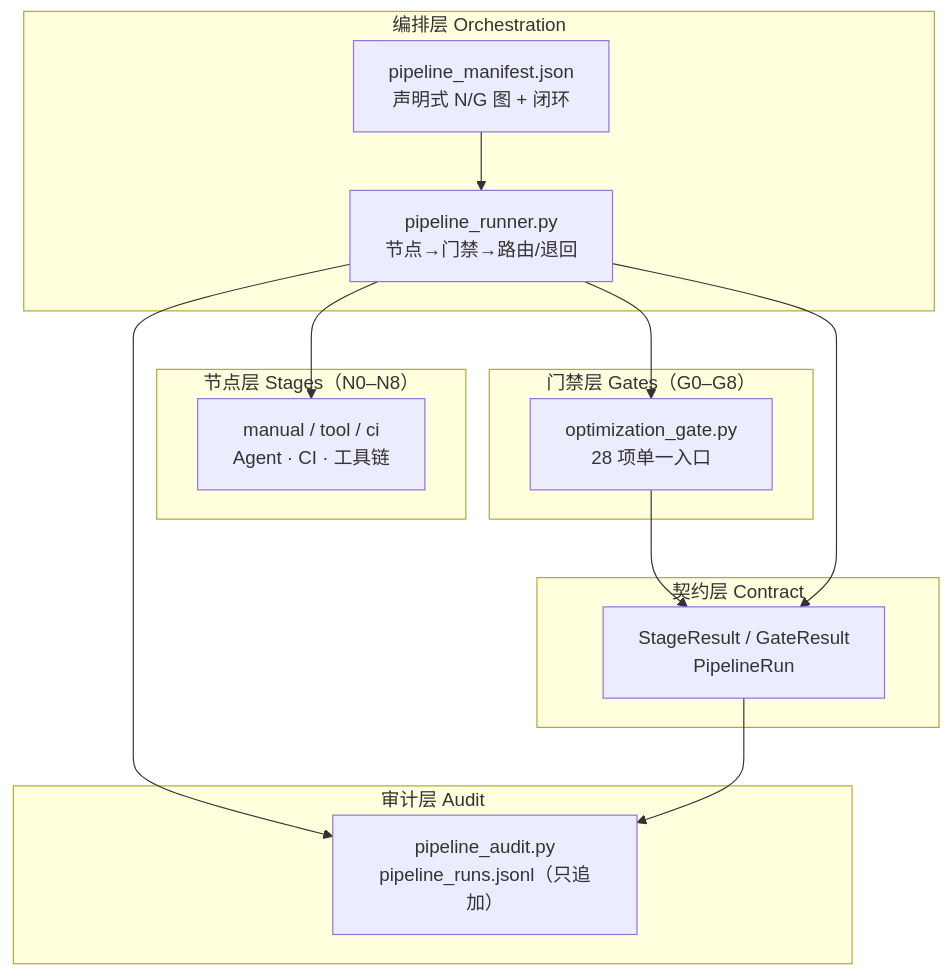
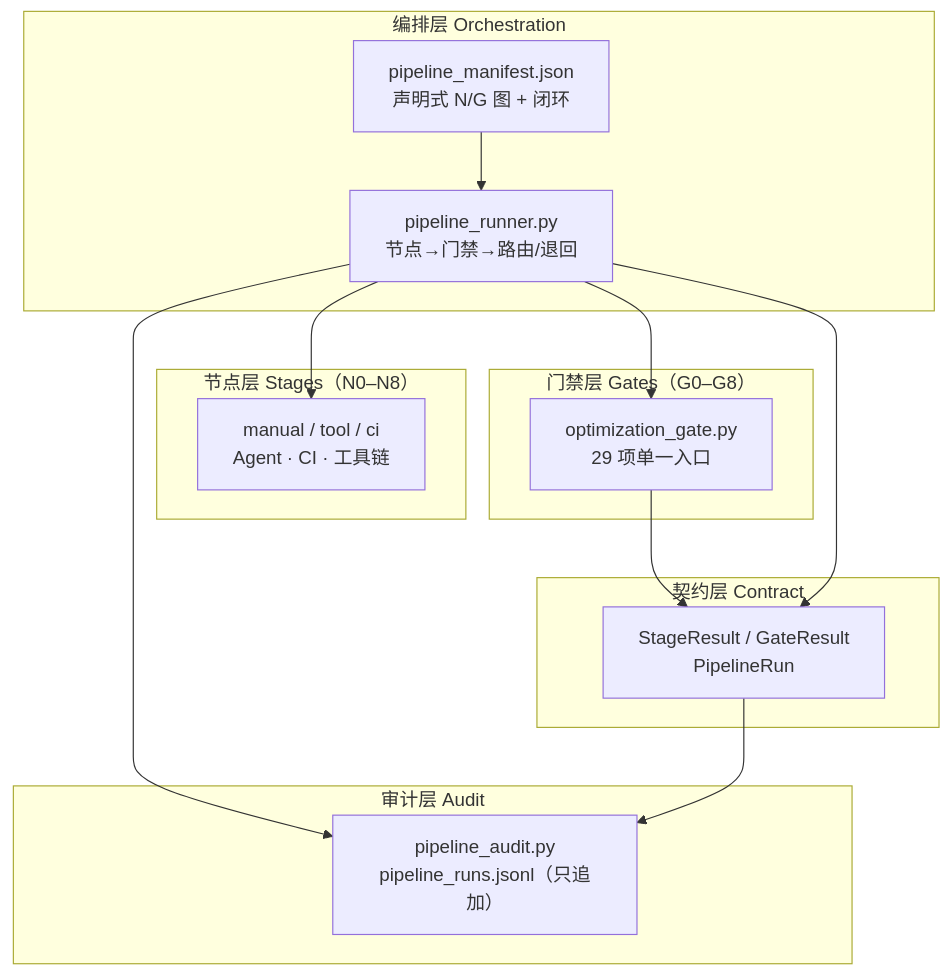
The diagram in engine/docs/report-pipeline-implementation-plan.md (hmbphxkw76-byte/tech-context-digest), drawn with Mermaid before and after one commit. The commit also changed other lines of this file and 20 other files, not shown here.

````diff
--- a/engine/docs/report-pipeline-implementation-plan.md
+++ b/engine/docs/report-pipeline-implementation-plan.md
@@ -24,26 +24,26 @@
 ```mermaid
 flowchart TB
     subgraph ORCH["编排层 Orchestration"]
         M["pipeline_manifest.json<br/>声明式 N/G 图 + 闭环"]
         R["pipeline_runner.py<br/>节点→门禁→路由/退回"]
     end
     subgraph STAGE["节点层 Stages（N0–N8）"]
         S["manual / tool / ci<br/>Agent · CI · 工具链"]
     end
     subgraph GATE["门禁层 Gates（G0–G8）"]
-        OG["optimization_gate.py<br/>28 项单一入口"]
+        OG["optimization_gate.py<br/>29 项单一入口"]
     end
     subgraph CONTRACT["契约层 Contract"]
         C["StageResult / GateResult<br/>PipelineRun"]
     end
     subgraph AUDIT["审计层 Audit"]
         A["pipeline_audit.py<br/>pipeline_runs.jsonl（只追加）"]
     end
     M --> R
     R --> S
     R --> OG
     OG --> C
     R --> C
     R --> A
     C --> A
 ```
````
